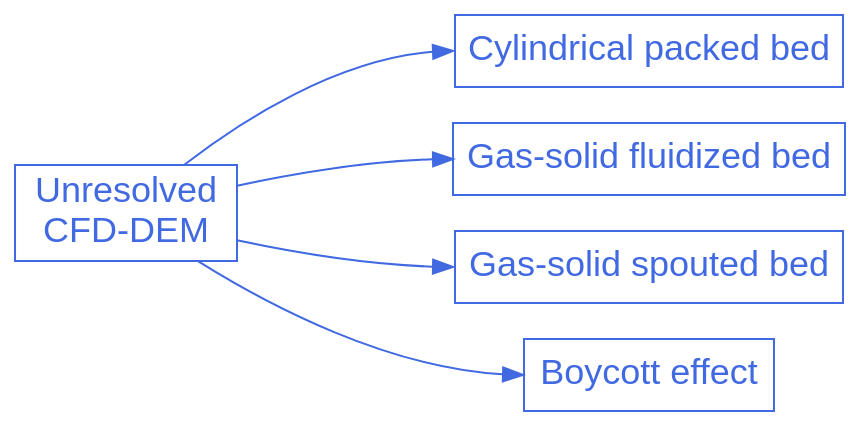
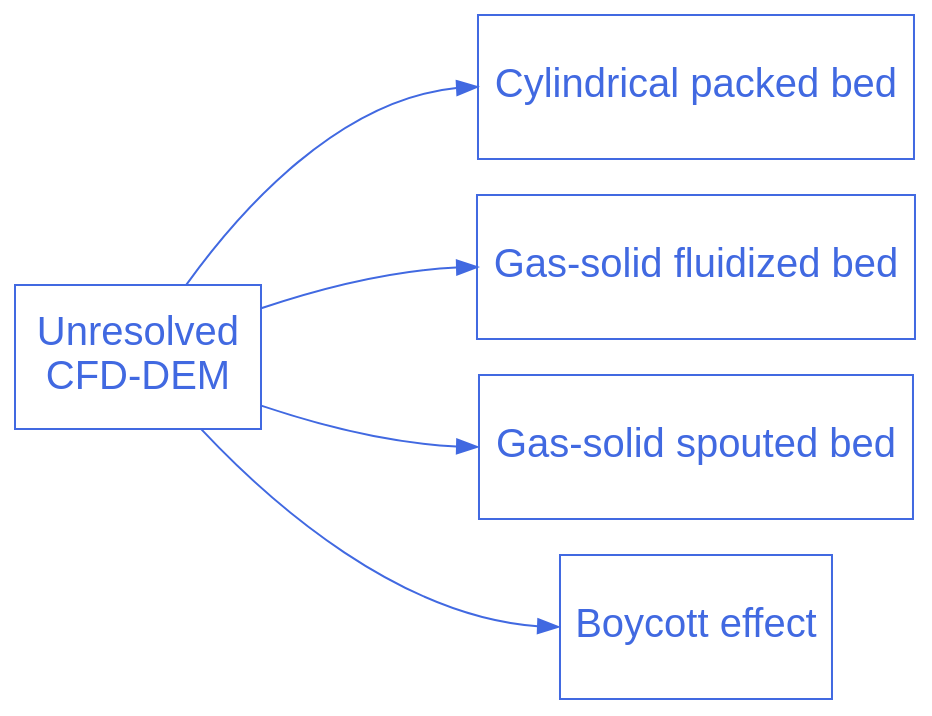
One commit to chaos-polymtl/lethe changed the diagram in doc/source/examples/unresolved-cfd-dem/unresolved-cfd-dem.rst. Above: the diagram before and after it, drawn with Graphviz. The commit also changed 4 other files, not shown here.

```diff
--- a/doc/source/examples/unresolved-cfd-dem/unresolved-cfd-dem.rst
+++ b/doc/source/examples/unresolved-cfd-dem/unresolved-cfd-dem.rst
@@ -17,24 +17,24 @@
 .. graphviz:: 
 
     digraph unresolved_cfd_dem_diagram {
       graph [bgcolor="transparent", align=true, ranksep=1.5];
-      node [fontname=Arial, fontsize=18, shape=box, fontcolor=royalblue, color=royalblue];
+      node [fontname=Arial, fontsize=20, shape=box, fontcolor=royalblue, color=royalblue, height=1];
       edge [color=royalblue];
       rankdir="LR";
       size = "9,9";
 
       unresolved_cfd_dem [label="Unresolved \nCFD-DEM", href="https://lethe-cfd.github.io/lethe/examples/unresolved-cfd-dem/unresolved-cfd-dem.html"];
 
       cfd_dem_1 [label="Cylindrical packed bed", href="https://lethe-cfd.github.io/lethe/examples/unresolved-cfd-dem/cylindrical-packed-bed/cylindrical-packed-bed.html"]; 
 
       cfd_dem_2 [label="Gas-solid fluidized bed", href="https://lethe-cfd.github.io/lethe/examples/unresolved-cfd-dem/gas-solid-fluidized-bed/gas-solid-fluidized-bed.html"]; 
 
       cfd_dem_3 [label="Gas-solid spouted bed", href="https://lethe-cfd.github.io/lethe/examples/unresolved-cfd-dem/gas-solid-spouted-bed/gas-solid-spouted-bed.html"]; 
 
       cfd_dem_4 [label="Boycott effect", href="https://lethe-cfd.github.io/lethe/examples/unresolved-cfd-dem/boycott-effect/boycott-effect.html"]; 
       
       unresolved_cfd_dem -> cfd_dem_1:w;
       unresolved_cfd_dem -> cfd_dem_2:w;
       unresolved_cfd_dem -> cfd_dem_3:w;
       unresolved_cfd_dem -> cfd_dem_4:w;
     }
```
